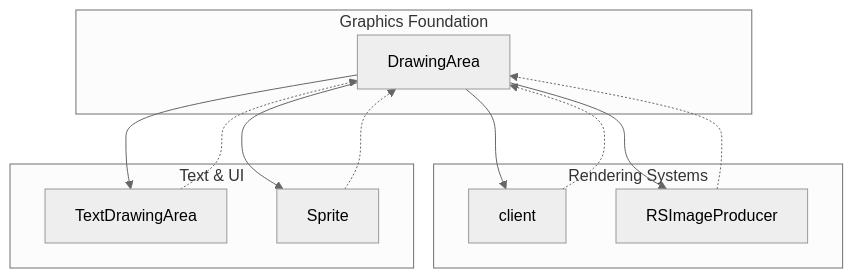
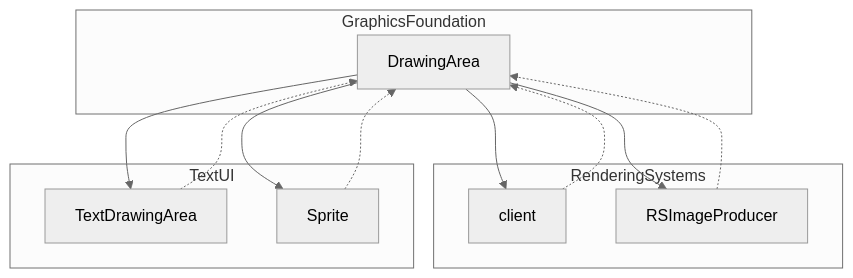
One commit to daxxog/solmud changed the diagram in bytecode/mapping/evidence/verified/DrawingArea_AFCKELYG.md. Above: the diagram before and after it, drawn with Mermaid (neutral theme). The commit also changed 10 other files, not shown here.

````diff
--- a/bytecode/mapping/evidence/verified/DrawingArea_AFCKELYG.md
+++ b/bytecode/mapping/evidence/verified/DrawingArea_AFCKELYG.md
@@ -15,26 +15,26 @@
 ```mermaid
 graph TD
     DrawingArea --> Client[client]
     DrawingArea --> Graphics[RSImageProducer]
     DrawingArea --> Text[TextDrawingArea]
     DrawingArea --> Sprites[Sprite]
 
-    subgraph "Graphics Foundation"
+    subgraph GraphicsFoundation
         DrawingArea
     end
 
-    subgraph "Rendering Systems"
+    subgraph RenderingSystems
         Client
         Graphics
     end
 
-    subgraph "Text & UI"
+    subgraph TextUI
         Text
         Sprites
     end
 
     Client -.-> DrawingArea
     Graphics -.-> DrawingArea
     Text -.-> DrawingArea
     Sprites -.-> DrawingArea
 ```
````
